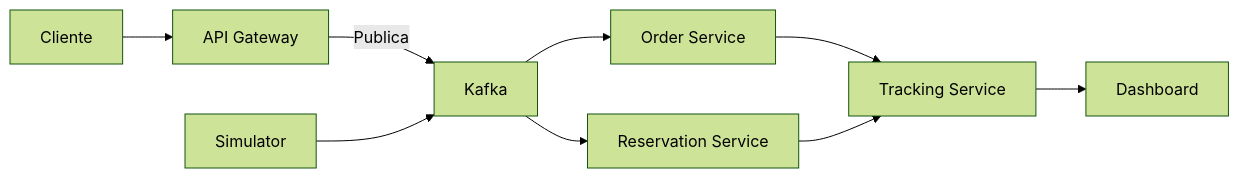
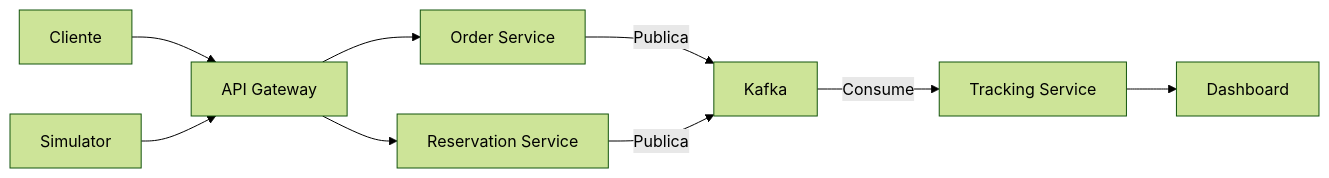
Before and after one commit to 0xleonz/gourmetHub: the diagram in README.md, drawn with Mermaid (forest theme). The commit also changed 12 other files, not shown here.

````diff
--- a/README.md
+++ b/README.md
@@ -13,11 +13,11 @@
 ```mermaid
 graph LR
     A[Cliente] --> B[API Gateway]
-    B -->|Publica| C[Kafka]
-    C --> D[Order Service]
-    C --> E[Reservation Service]
-    D --> F[Tracking Service]
-    E --> F
-    F --> G[Dashboard]
-    H[Simulator] --> C
+    B --> C[Order Service]
+    B --> D[Reservation Service]
+    C -->|Publica| K[Kafka]
+    D -->|Publica| K[Kafka]
+    K -->|Consume| E[Tracking Service]
+    E --> G[Dashboard]
+    H[Simulator] --> B
 ```
````
